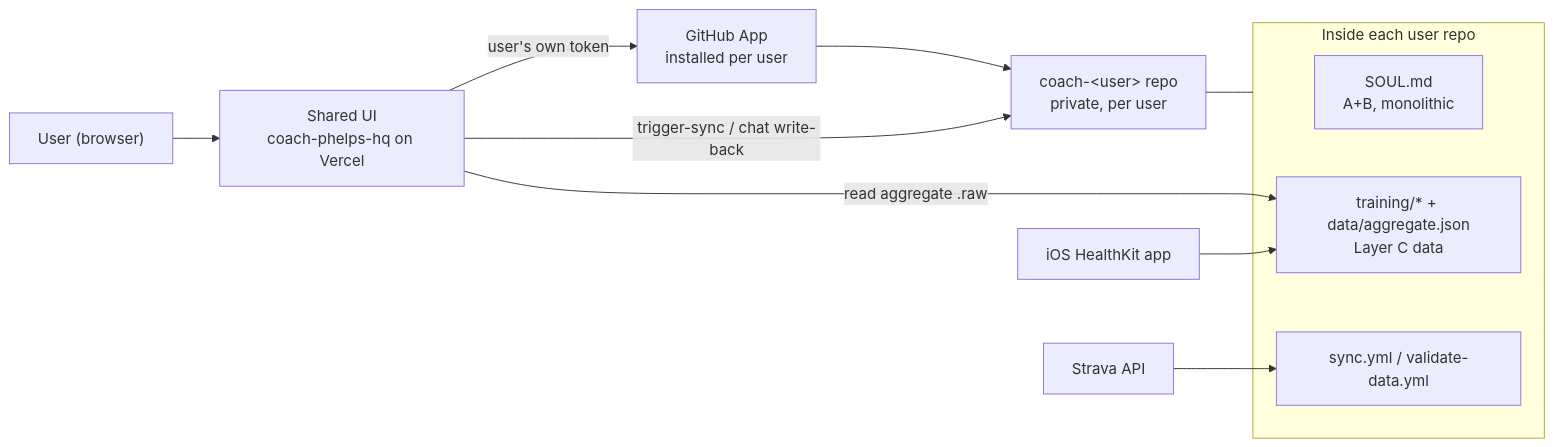
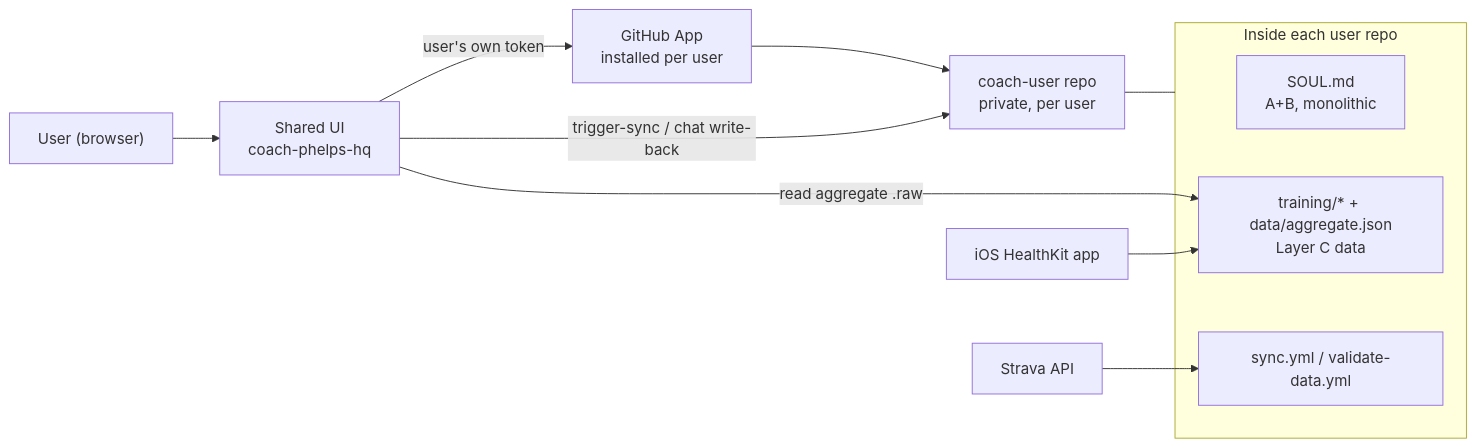
Before and after one commit to coach-phelps-hq/coach-phelps-template: the first of 7 diagrams in docs/scaling-plan.md, drawn with Mermaid. The commit also changed other lines of this file, not shown here.

````diff
--- a/docs/scaling-plan.md
+++ b/docs/scaling-plan.md
@@ -57,18 +42,16 @@
 ```mermaid
 flowchart LR
-  user["User (browser)"] --> ui["Shared UI<br/>coach-phelps-hq on Vercel"]
+  user["User (browser)"] --> ui["Shared UI<br/>coach-phelps-hq"]
   ui -->|user's own token| app["GitHub App<br/>installed per user"]
-  app --> repo["coach-&lt;user&gt; repo<br/>private, per user"]
-
+  app --> repo["coach-user repo<br/>private, per user"]
   subgraph repo_contents["Inside each user repo"]
     soul["SOUL.md<br/>A+B, monolithic"]
     cdata["training/* + data/aggregate.json<br/>Layer C data"]
     wf["sync.yml / validate-data.yml"]
   end
   repo --- repo_contents
-
   ui -->|read aggregate .raw| cdata
   ui -->|trigger-sync / chat write-back| repo
   strava["Strava API"] --> wf
   ios["iOS HealthKit app"] --> cdata
 ```
````
